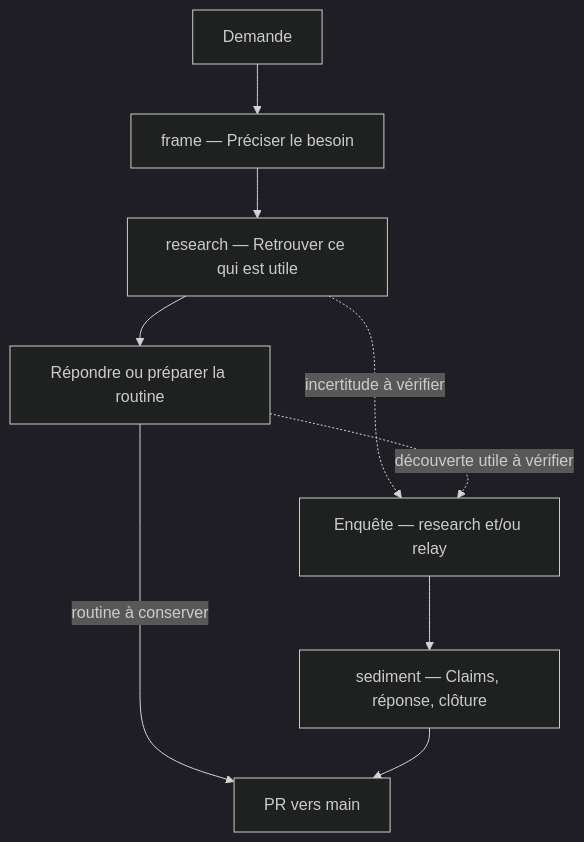
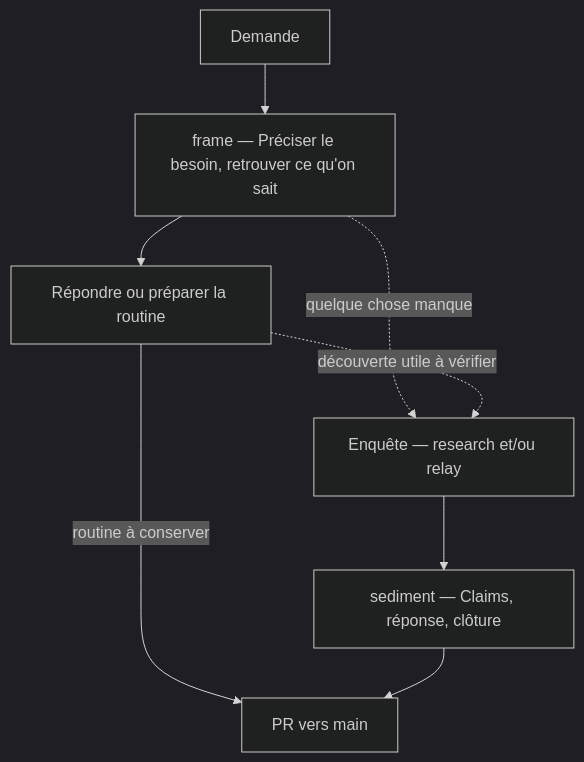
One commit to FrancescoMonti-source/chu-data-knowledge changed the diagram in README.md. Above: the diagram before and after it, drawn with Mermaid (dark theme). The commit also changed other lines of this file and 14 other files, not shown here.

First line of the commit message:
frame retrouve ce que le dépôt sait ; research et relay servent les étapes du plan (#82)

````diff
--- a/README.md
+++ b/README.md
@@ -41,11 +41,10 @@
 ```mermaid
 flowchart TD
-    Q["Demande"] --> F["frame — Préciser le besoin"]
-    F --> R["research — Retrouver ce qui est utile"]
-    R --> T["Répondre ou préparer la routine"]
-    R -. "incertitude à vérifier" .-> E["Enquête — research et/ou relay"]
+    Q["Demande"] --> F["frame — Préciser le besoin, retrouver ce qu'on sait"]
+    F --> T["Répondre ou préparer la routine"]
+    F -. "quelque chose manque" .-> E["Enquête — research et/ou relay"]
     T -. "découverte utile à vérifier" .-> E
     E --> S["sediment — Claims, réponse, clôture"]
     T -->|"routine à conserver"| PR["PR vers main"]
     S --> PR
 ```
````
